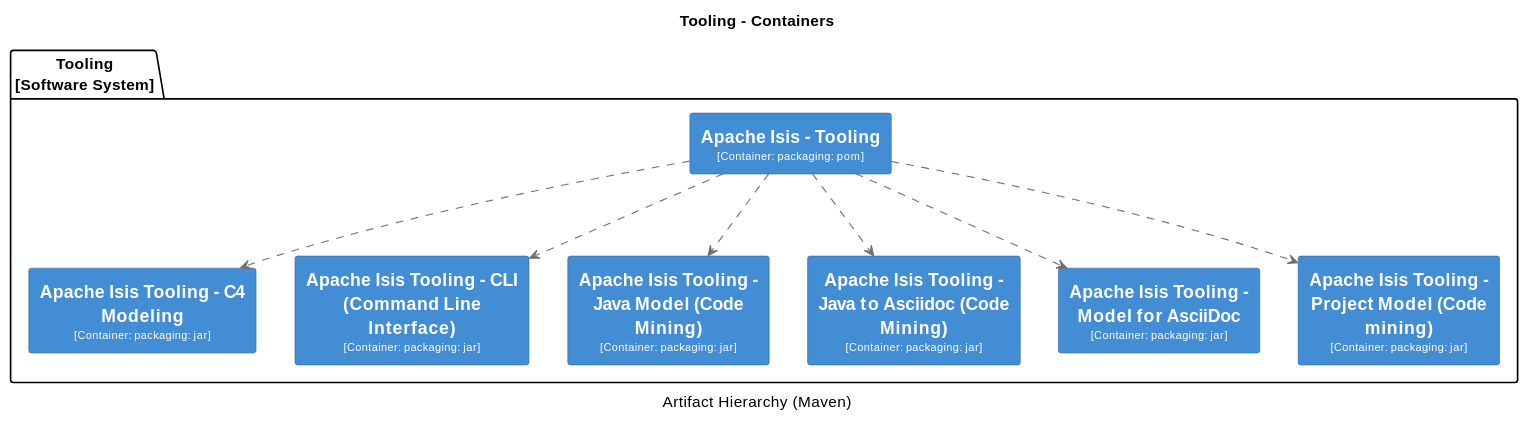
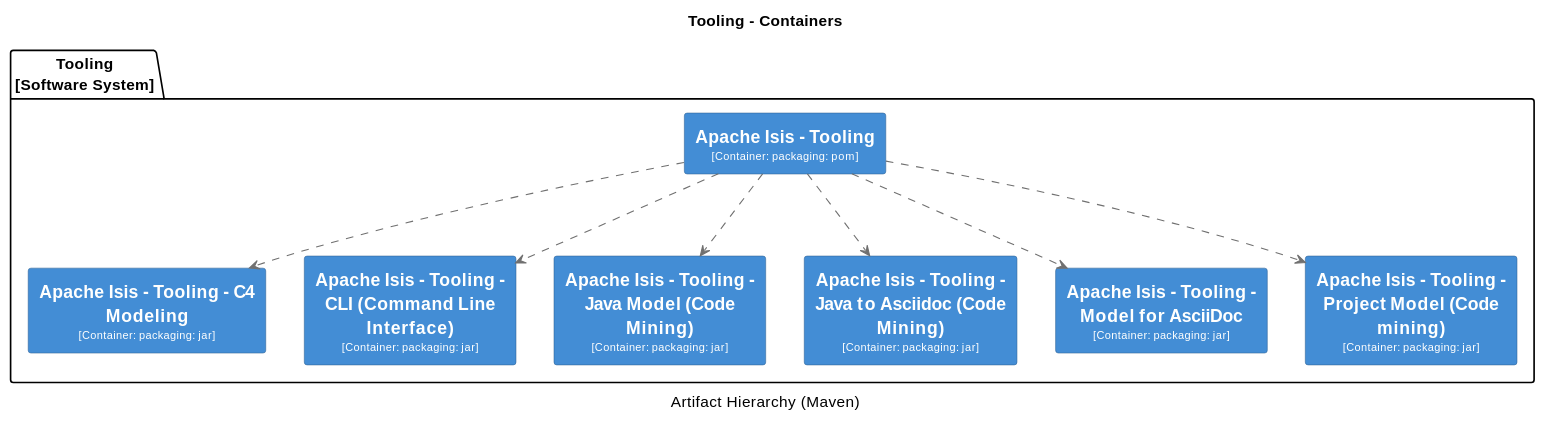
Diagram 15 of 18 in antora/components/system/modules/generated/pages/system-overview.adoc (apache/causeway), drawn with PlantUML before and after one commit. The commit also changed other lines of this file and 19 other files, not shown here.

Commit message:
ISIS-2444: updates isis tooling, regen docs

```diff
--- a/antora/components/system/modules/generated/pages/system-overview.adoc
+++ b/antora/components/system/modules/generated/pages/system-overview.adoc
@@ -4059,66 +4068,66 @@
 [plantuml,Tooling,svg]
 ----
 @startuml(id=Tooling)
 title Tooling - Containers
 caption Artifact Hierarchy (Maven)
 
 skinparam {
   shadowing false
   arrowFontSize 10
   defaultTextAlignment center
   wrapWidth 200
   maxMessageSize 100
 }
 hide stereotype
 skinparam rectangle<<2>> {
   BackgroundColor #438dd5
   FontColor #fffffe
   BorderColor #2E6295
 }
 skinparam rectangle<<3>> {
   BackgroundColor #438dd5
   FontColor #fffffe
   BorderColor #2E6295
 }
 skinparam rectangle<<4>> {
   BackgroundColor #438dd5
   FontColor #fffffe
   BorderColor #2E6295
 }
 skinparam rectangle<<5>> {
   BackgroundColor #438dd5
   FontColor #fffffe
   BorderColor #2E6295
 }
 skinparam rectangle<<6>> {
   BackgroundColor #438dd5
   FontColor #fffffe
   BorderColor #2E6295
 }
 skinparam rectangle<<7>> {
   BackgroundColor #438dd5
   FontColor #fffffe
   BorderColor #2E6295
 }
 skinparam rectangle<<8>> {
   BackgroundColor #438dd5
   FontColor #fffffe
   BorderColor #2E6295
 }
 package "Tooling\n[Software System]" {
   rectangle "==Apache Isis - Tooling\n<size:10>[Container: packaging: pom]</size>" <<2>> as 2
-  rectangle "==Apache Isis Tooling - C4 Modeling\n<size:10>[Container: packaging: jar]</size>" <<3>> as 3
-  rectangle "==Apache Isis Tooling - CLI (Command Line Interface)\n<size:10>[Container: packaging: jar]</size>" <<4>> as 4
-  rectangle "==Apache Isis Tooling - Java Model (Code Mining)\n<size:10>[Container: packaging: jar]</size>" <<6>> as 6
-  rectangle "==Apache Isis Tooling - Java to Asciidoc (Code Mining)\n<size:10>[Container: packaging: jar]</size>" <<5>> as 5
-  rectangle "==Apache Isis Tooling - Model for AsciiDoc\n<size:10>[Container: packaging: jar]</size>" <<7>> as 7
-  rectangle "==Apache Isis Tooling - Project Model (Code mining)\n<size:10>[Container: packaging: jar]</size>" <<8>> as 8
+  rectangle "==Apache Isis - Tooling - C4 Modeling\n<size:10>[Container: packaging: jar]</size>" <<3>> as 3
+  rectangle "==Apache Isis - Tooling - CLI (Command Line Interface)\n<size:10>[Container: packaging: jar]</size>" <<4>> as 4
+  rectangle "==Apache Isis - Tooling - Java Model (Code Mining)\n<size:10>[Container: packaging: jar]</size>" <<6>> as 6
+  rectangle "==Apache Isis - Tooling - Java to Asciidoc (Code Mining)\n<size:10>[Container: packaging: jar]</size>" <<5>> as 5
+  rectangle "==Apache Isis - Tooling - Model for AsciiDoc\n<size:10>[Container: packaging: jar]</size>" <<7>> as 7
+  rectangle "==Apache Isis - Tooling - Project Model (Code mining)\n<size:10>[Container: packaging: jar]</size>" <<8>> as 8
 }
 2 .[#707070].> 3 : ""
 2 .[#707070].> 4 : ""
 2 .[#707070].> 6 : ""
 2 .[#707070].> 5 : ""
 2 .[#707070].> 7 : ""
 2 .[#707070].> 8 : ""
 @enduml
 ----
```
